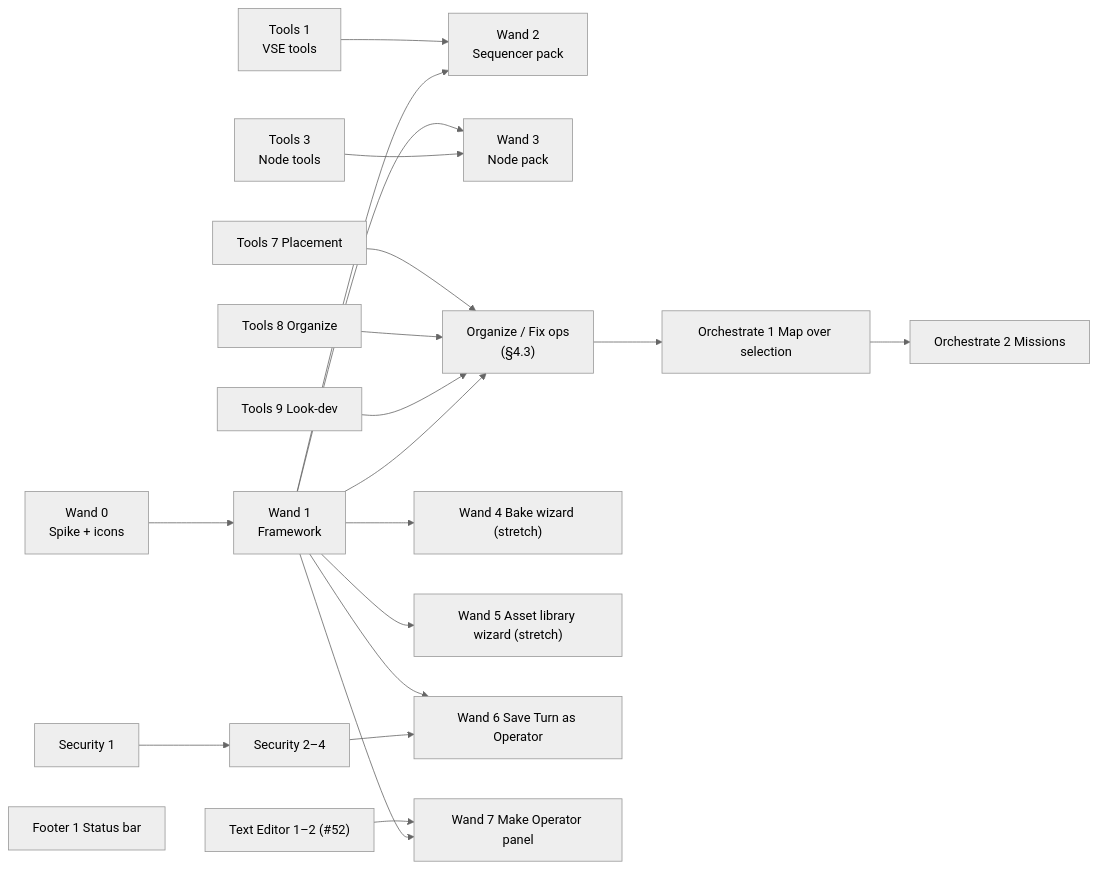
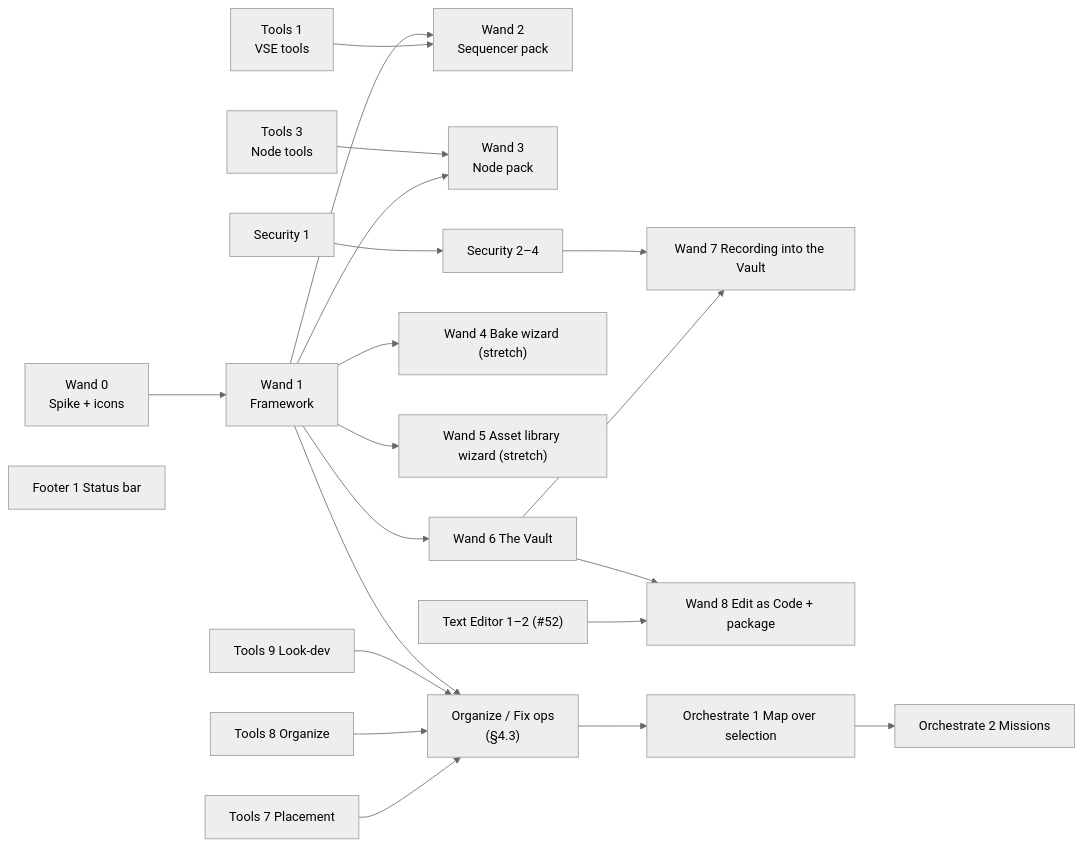
The fourth of 4 diagrams in _misc/plan_tier4m_coworker_operators.md (Draise14/bfa_coworker), drawn with Mermaid (neutral theme) before and after one commit. The commit also changed other lines of this file and 3 other files, not shown here.

First line of the commit message:
plan: the Vault -- one dedicated panel to build, record and publish your own operators

````diff
--- a/_misc/plan_tier4m_coworker_operators.md
+++ b/_misc/plan_tier4m_coworker_operators.md
@@ -312,20 +321,21 @@
 ```mermaid
 flowchart LR
     W0["Wand 0<br/>Spike + icons"] --> W1["Wand 1<br/>Framework"]
     T1["Tools 1<br/>VSE tools"] --> W2
     W1 --> W2["Wand 2<br/>Sequencer pack"]
     W1 --> W3["Wand 3<br/>Node pack"]
     T3["Tools 3<br/>Node tools"] --> W3
     T7["Tools 7 Placement"] --> WX["Organize / Fix ops<br/>(§4.3)"]
     T8["Tools 8 Organize"] --> WX
     T9["Tools 9 Look-dev"] --> WX
     W1 --> WX
     W1 --> W4["Wand 4 Bake wizard (stretch)"]
     W1 --> W5["Wand 5 Asset library wizard (stretch)"]
-    W1 --> W6["Wand 6 Save Turn as Operator"]
-    TE["Text Editor 1–2 (#52)"] --> W7["Wand 7 Make Operator panel"]
-    W1 --> W7
+    W1 --> W6["Wand 6 The Vault"]
+    W6 --> W7["Wand 7 Recording into the Vault"]
+    TE["Text Editor 1–2 (#52)"] --> W8["Wand 8 Edit as Code + package"]
+    W6 --> W8
     WX --> O1["Orchestrate 1 Map over selection"] --> O2["Orchestrate 2 Missions"]
-    S1["Security 1"] --> S2["Security 2–4"] --> W6
+    S1["Security 1"] --> S2["Security 2–4"] --> W7
     F1["Footer 1 Status bar"]
 ```
````
